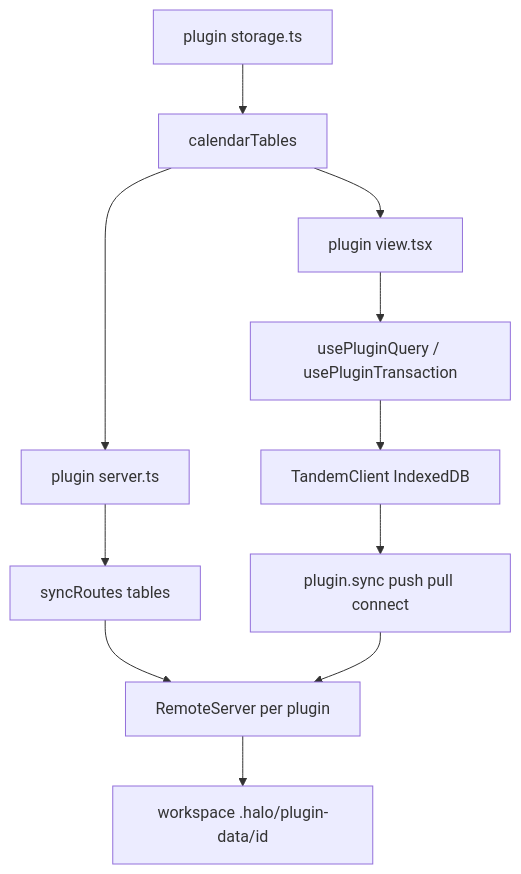
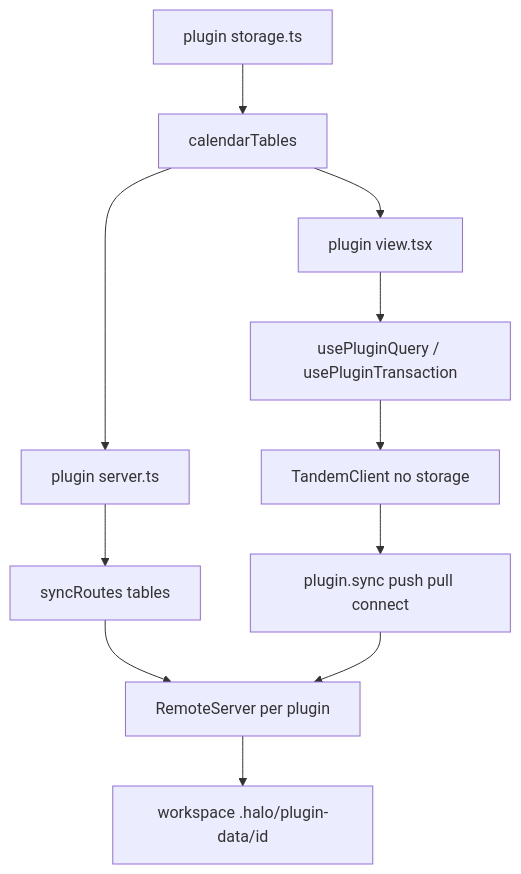
The first of 2 diagrams in specs/plugin-storage.md (tanishqkancharla/halo-v2), drawn with Mermaid before and after one commit. The commit also changed other lines of this file, not shown here.

First line of the commit message:
Drop renderer IndexedDB from the plugin storage spec.

````diff
--- a/specs/plugin-storage.md
+++ b/specs/plugin-storage.md
@@ -5,13 +5,13 @@
 ```mermaid
 flowchart TD
   storageTs["plugin storage.ts"] --> tables["calendarTables"]
   tables --> serverTs["plugin server.ts"]
   serverTs --> syncRoutesFn["syncRoutes tables"]
   syncRoutesFn --> remote["RemoteServer per plugin"]
   remote --> disk["workspace .halo/plugin-data/id"]
   tables --> viewTsx["plugin view.tsx"]
   viewTsx --> hooks["usePluginQuery / usePluginTransaction"]
-  hooks --> client["TandemClient IndexedDB"]
+  hooks --> client["TandemClient no storage"]
   client --> orpcSync["plugin.sync push pull connect"]
   orpcSync --> remote
 ```
````
